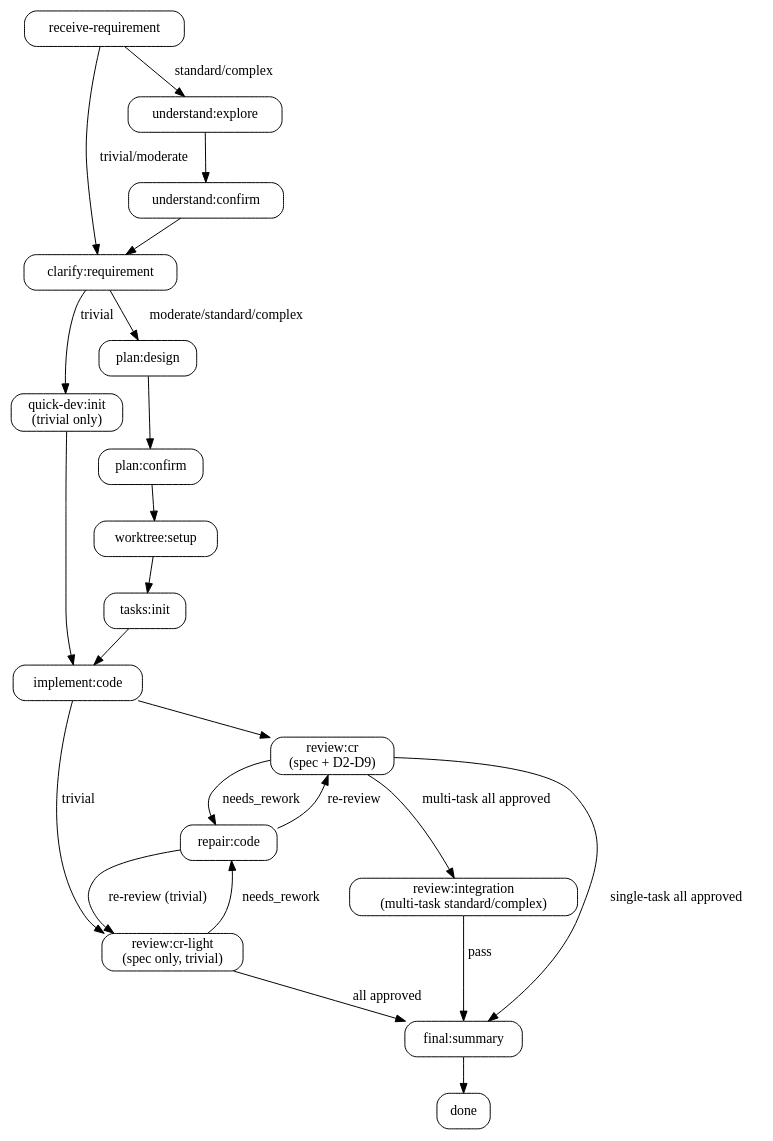
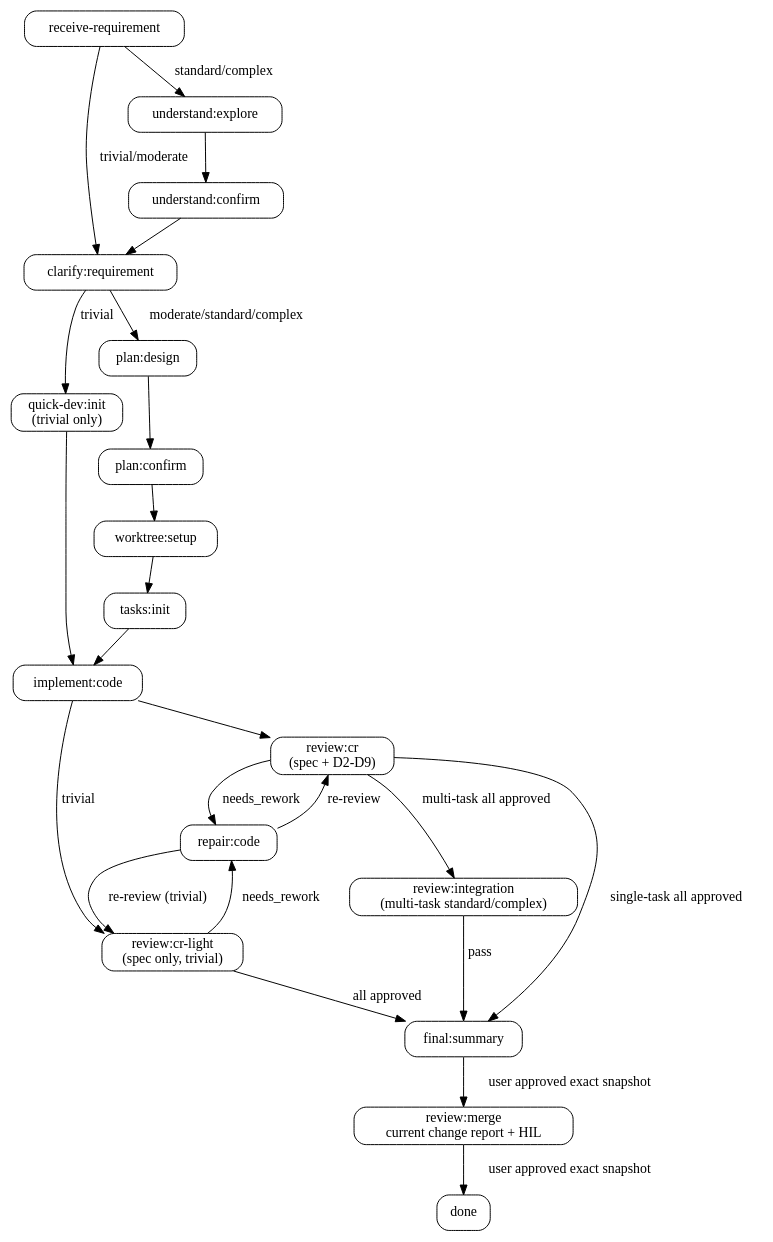
Before and after one commit to Jxin-Cai/chisel: the diagram in skills/chisel/SKILL.md, drawn with Graphviz. The commit also changed other lines of this file and 31 other files, not shown here.

Commit message:
feat: strengthen workflow delivery and merge review

````diff
--- a/skills/chisel/SKILL.md
+++ b/skills/chisel/SKILL.md
@@ -57,41 +91,42 @@
 ```dot
 digraph chisel_flow {
   rankdir=TB; node [shape=box, style=rounded];
   receive [label="receive-requirement"];
   explore [label="understand:explore"];
   u_confirm [label="understand:confirm"];
   clarify [label="clarify:requirement"];
   quickdev [label="quick-dev:init\n(trivial only)"];
   design [label="plan:design"];
   p_confirm [label="plan:confirm"];
   worktree [label="worktree:setup"];
   tasks [label="tasks:init"];
   implement [label="implement:code"];
   review [label="review:cr\n(spec + D2-D9)"];
   review_light [label="review:cr-light\n(spec only, trivial)"];
   integration [label="review:integration\n(multi-task standard/complex)"];
   repair [label="repair:code"];
   final [label="final:summary"];
+  merge_review [label="review:merge\ncurrent change report + HIL"];
   done [label="done"];
 
   receive -> explore [label="standard/complex"];
   receive -> clarify [label="trivial/moderate"];
   explore -> u_confirm -> clarify;
   clarify -> quickdev [label="trivial"];
   clarify -> design [label="moderate/standard/complex"];
   quickdev -> implement;
   design -> p_confirm -> worktree;
   worktree -> tasks;
   tasks -> implement -> review;
   implement -> review_light [label="trivial"];
   review -> repair [label="needs_rework"];
   review_light -> repair [label="needs_rework"];
   repair -> review [label="re-review"];
   repair -> review_light [label="re-review (trivial)"];
   review -> integration [label="multi-task all approved"];
   integration -> final [label="pass"];
   review -> final [label="single-task all approved"];
   review_light -> final [label="all approved"];
-  final -> done;
+  final -> merge_review -> done [label="user approved exact snapshot"];
 }
 ```
````
